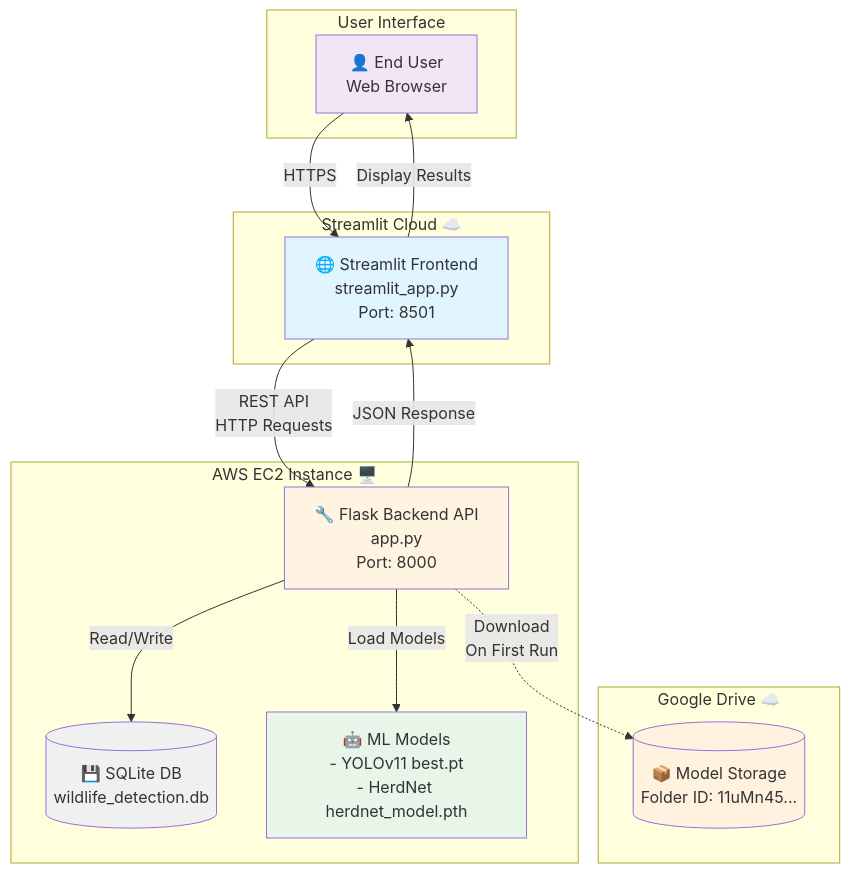
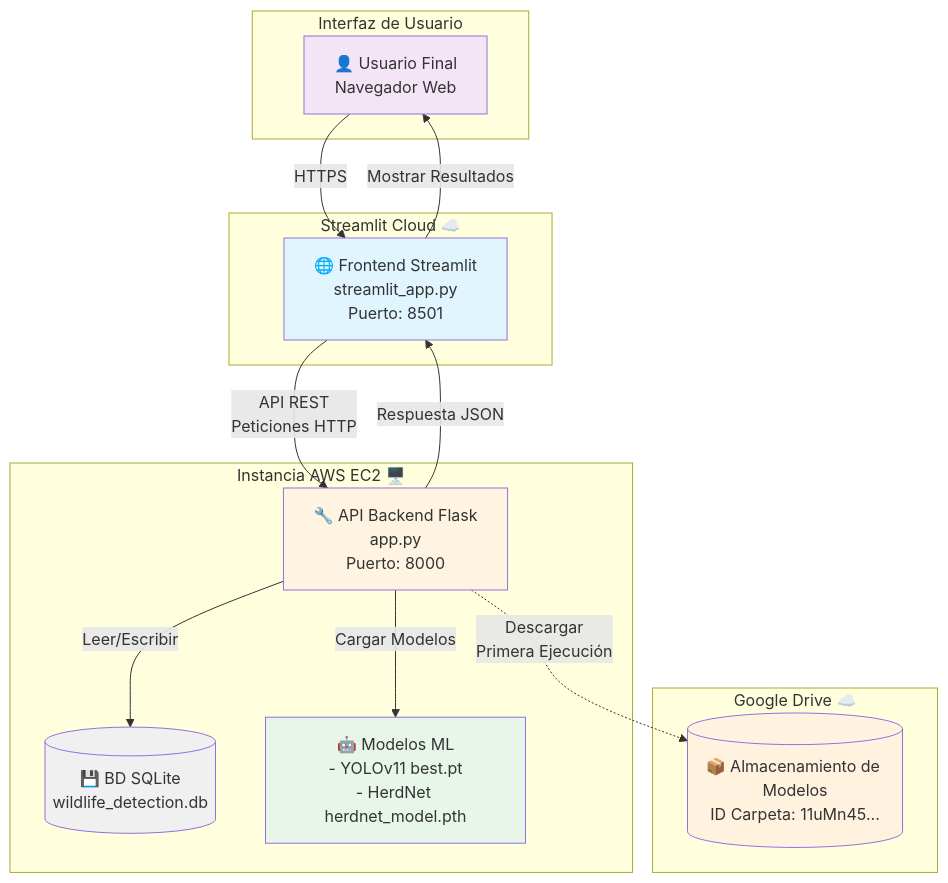
The first of 7 diagrams in ARCHITECTURE_DIAGRAM.md (marioguaqueta/maia-back-proyecto), drawn with Mermaid before and after one commit. The commit also changed other lines of this file and 5 other files, not shown here.

````diff
--- a/ARCHITECTURE_DIAGRAM.md
+++ b/ARCHITECTURE_DIAGRAM.md
@@ -5,35 +5,35 @@
 ```mermaid
 graph TB
-    subgraph "User Interface"
-        User[👤 End User<br/>Web Browser]
+    subgraph "Interfaz de Usuario"
+        User[👤 Usuario Final<br/>Navegador Web]
     end
     
     subgraph "Streamlit Cloud ☁️"
-        Frontend[🌐 Streamlit Frontend<br/>streamlit_app.py<br/>Port: 8501]
+        Frontend[🌐 Frontend Streamlit<br/>streamlit_app.py<br/>Puerto: 8501]
     end
     
-    subgraph "AWS EC2 Instance 🖥️"
-        Backend[🔧 Flask Backend API<br/>app.py<br/>Port: 8000]
-        Database[(💾 SQLite DB<br/>wildlife_detection.db)]
-        Models[🤖 ML Models<br/>- YOLOv11 best.pt<br/>- HerdNet herdnet_model.pth]
+    subgraph "Instancia AWS EC2 🖥️"
+        Backend[🔧 API Backend Flask<br/>app.py<br/>Puerto: 8000]
+        Database[(💾 BD SQLite<br/>wildlife_detection.db)]
+        Models[🤖 Modelos ML<br/>- YOLOv11 best.pt<br/>- HerdNet herdnet_model.pth]
     end
     
     subgraph "Google Drive ☁️"
-        GDrive[(📦 Model Storage<br/>Folder ID: 11uMn45...)]
+        GDrive[(📦 Almacenamiento de Modelos<br/>ID Carpeta: 11uMn45...)]
     end
     
     User -->|HTTPS| Frontend
-    Frontend -->|REST API<br/>HTTP Requests| Backend
-    Backend -->|Read/Write| Database
-    Backend -->|Load Models| Models
-    Backend -.->|Download<br/>On First Run| GDrive
-    Backend -->|JSON Response| Frontend
-    Frontend -->|Display Results| User
+    Frontend -->|API REST<br/>Peticiones HTTP| Backend
+    Backend -->|Leer/Escribir| Database
+    Backend -->|Cargar Modelos| Models
+    Backend -.->|Descargar<br/>Primera Ejecución| GDrive
+    Backend -->|Respuesta JSON| Frontend
+    Frontend -->|Mostrar Resultados| User
     
     style Frontend fill:#e1f5ff
     style Backend fill:#fff4e1
     style Database fill:#f0f0f0
     style Models fill:#e8f5e9
     style GDrive fill:#fff3e0
     style User fill:#f3e5f5
 ```
````
